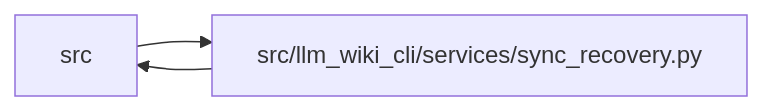
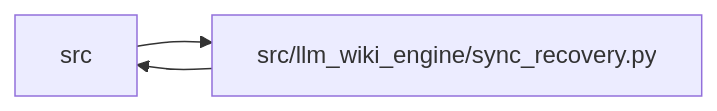
One commit to Denissvgn/python-wiki-llm changed the diagram in docs/llm_wiki/modules/sync_recovery.md. Above: the diagram before and after it, drawn with Mermaid. The commit also changed other lines of this file and 1058 other files, not shown here.

````diff
--- a/docs/llm_wiki/modules/sync_recovery.md
+++ b/docs/llm_wiki/modules/sync_recovery.md
@@ -57,8 +56,8 @@
 ```mermaid
 flowchart LR
     n0["src"]
-    n1["src/llm_wiki_cli/services/sync_recovery.py"]
+    n1["src/llm_wiki_engine/sync_recovery.py"]
     n0 --> n1
     n1 --> n0
     click n1 "../modules/sync_recovery.md"
 ```
````
